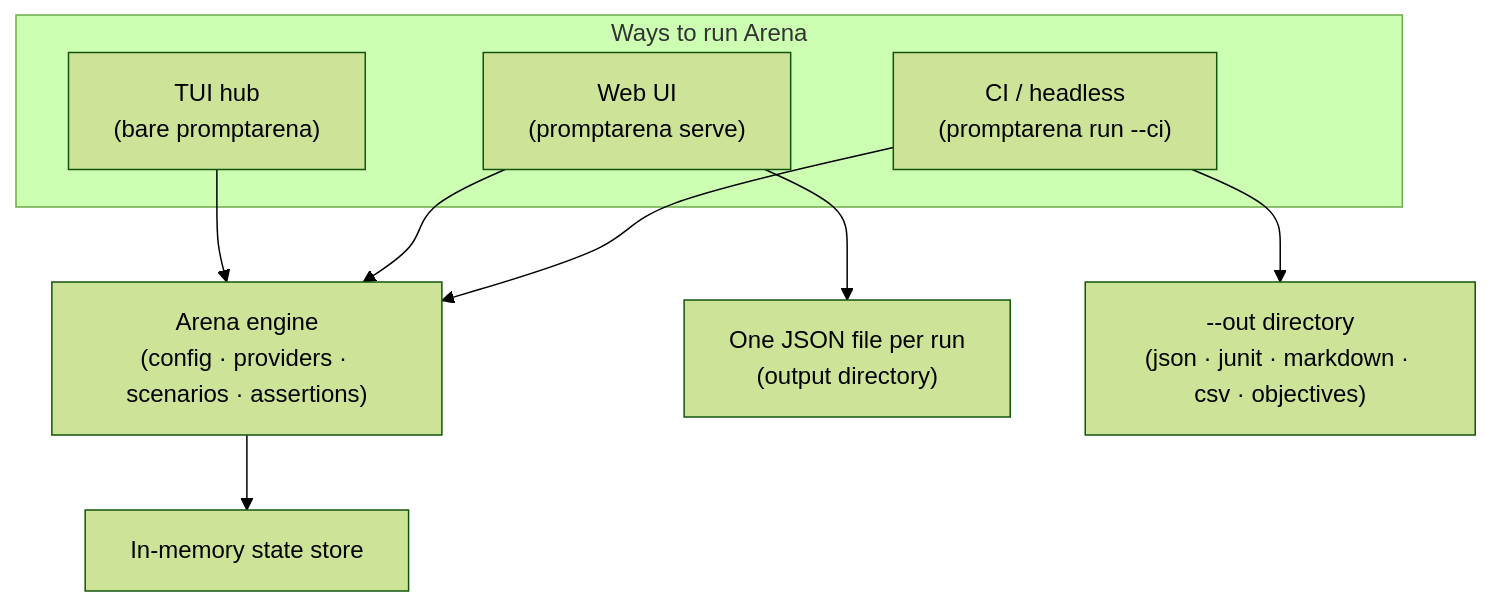
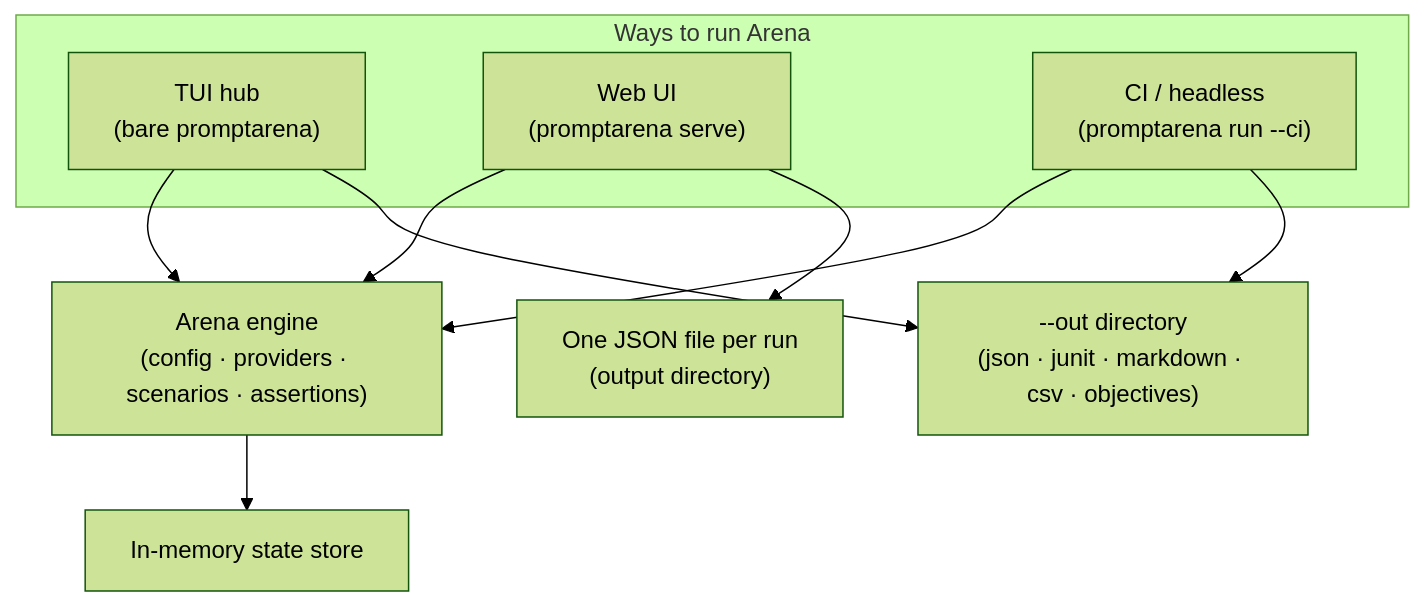
Before and after one commit to AltairaLabs/promptarena: the diagram in docs/src/content/docs/arena/explanation/interfaces.md, drawn with Mermaid (forest theme). The commit also changed other lines of this file and 9 other files, not shown here.

````diff
--- a/docs/src/content/docs/arena/explanation/interfaces.md
+++ b/docs/src/content/docs/arena/explanation/interfaces.md
@@ -47,18 +47,19 @@
 ```mermaid
 flowchart TB
     subgraph surfaces[Ways to run Arena]
         TUI["TUI hub<br/>(bare promptarena)"]
         WEB["Web UI<br/>(promptarena serve)"]
         CI["CI / headless<br/>(promptarena run --ci)"]
     end
 
     ENGINE["Arena engine<br/>(config · providers · scenarios · assertions)"]
 
     TUI --> ENGINE
     WEB --> ENGINE
     CI --> ENGINE
 
     ENGINE --> STORE["In-memory state store"]
     WEB --> JSONFILE["One JSON file per run<br/>(output directory)"]
     CI --> REPORTS["--out directory<br/>(json · junit · markdown · csv · objectives)"]
+    TUI --> REPORTS
 ```
````
